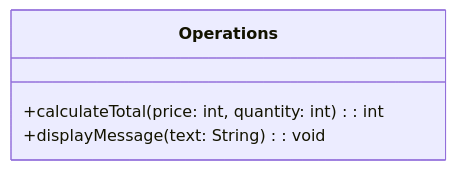
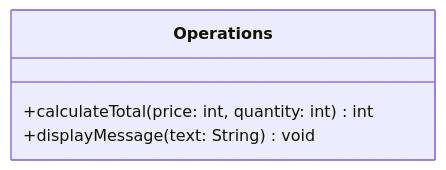
The third of 6 diagrams in docs/guidelines/implementation/common/diagrams/reading-class-diagram.md (kanjiz/java-training-design-docs), drawn with Mermaid before and after one commit. The commit also changed other lines of this file and 1 other file, not shown here.

First line of the commit message:
Fix method return type notation in class diagram docs

````diff
--- a/docs/guidelines/implementation/common/diagrams/reading-class-diagram.md
+++ b/docs/guidelines/implementation/common/diagrams/reading-class-diagram.md
@@ -68,7 +68,7 @@
 ```mermaid
 classDiagram
     class Operations {
-        +calculateTotal(price: int, quantity: int): int
-        +displayMessage(text: String): void
+        +calculateTotal(price: int, quantity: int) int
+        +displayMessage(text: String) void
     }
 ```
````
